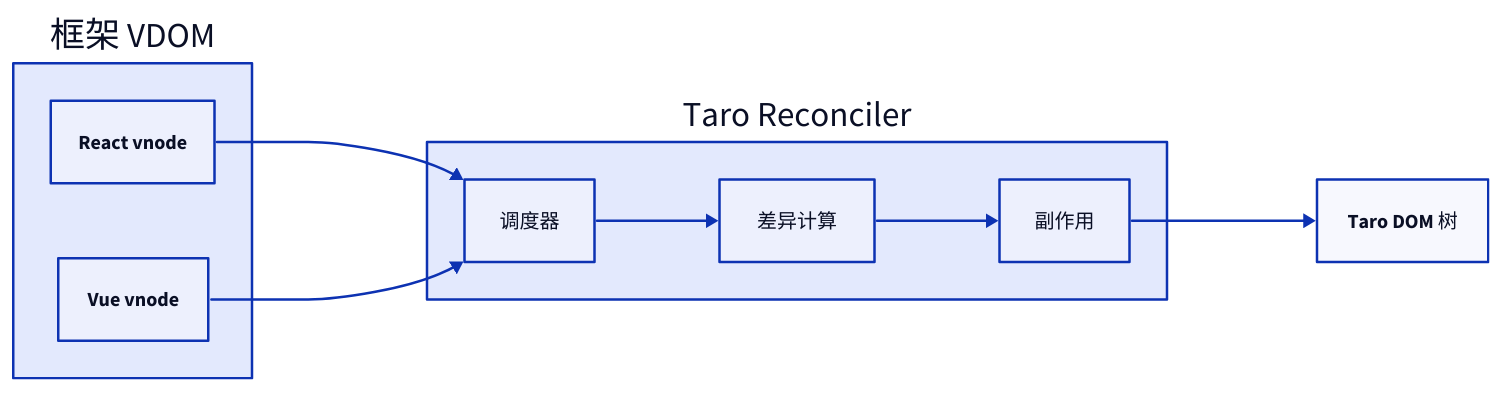
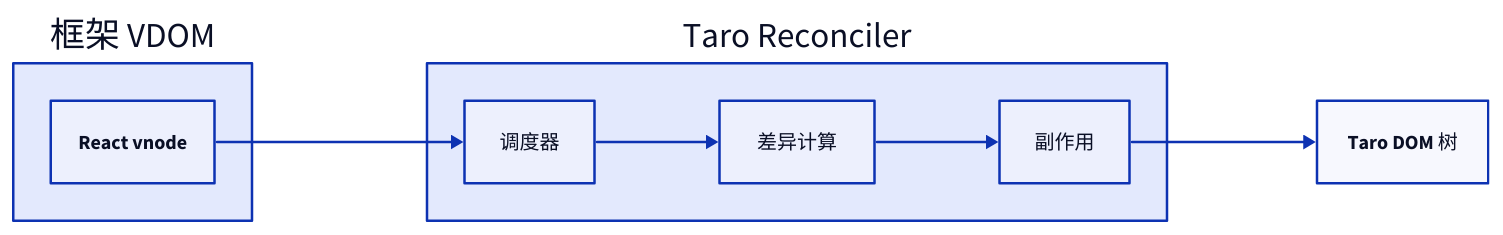
Before and after one commit to youngluo/thinking: the eighth of 16 diagrams in apps/docs/experiences/微信小程序/Taro 原理与实践.md, drawn with D2. The commit also changed other lines of this file and 1 other file, not shown here.

````diff
--- a/apps/docs/experiences/微信小程序/Taro 原理与实践.md
+++ b/apps/docs/experiences/微信小程序/Taro 原理与实践.md
@@ -352,26 +330,24 @@
 ```d2
 direction: right
 
 vdom: 框架 VDOM {
   class: group
 
   r_vnode: React vnode
-  v_vnode: Vue vnode
 }
 
 reconcile: Taro Reconciler {
   class: group
 
   fiber: 调度器
   diff: 差异计算
   side: 副作用
 }
 
 taro_dom: Taro DOM 树
 
 vdom.r_vnode -> reconcile.fiber
-vdom.v_vnode -> reconcile.fiber
 reconcile.fiber -> reconcile.diff
 reconcile.diff -> reconcile.side
 reconcile.side -> taro_dom
 ```
````
